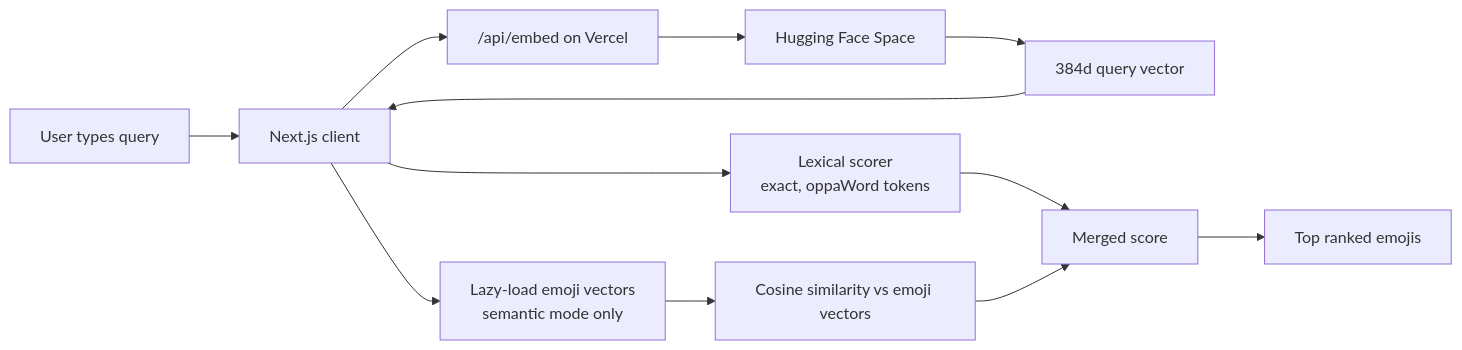
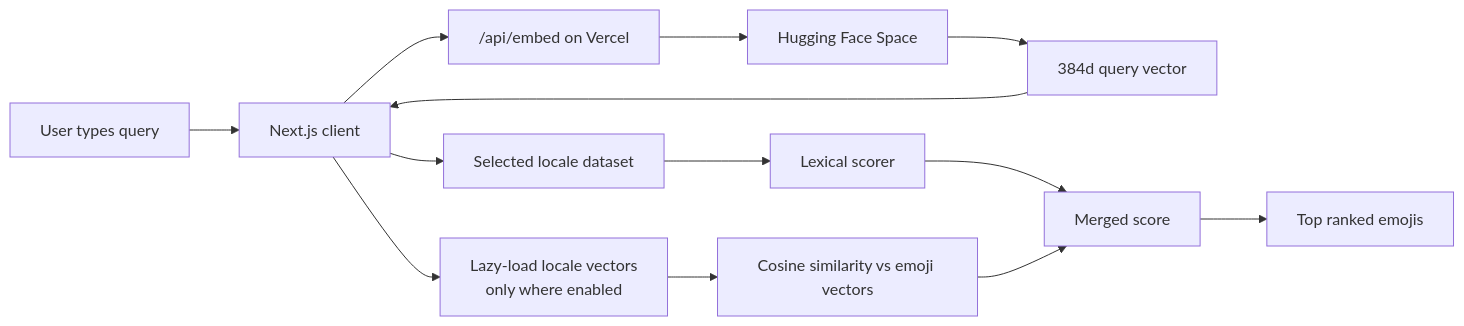
Before and after one commit to heinko/my-emoji-search: the first of 2 diagrams in README.md, drawn with Mermaid. The commit also changed other lines of this file and 21 other files, not shown here.

````diff
--- a/README.md
+++ b/README.md
@@ -26,14 +42,15 @@
 ```mermaid
 flowchart LR
     U["User types query"] --> C["Next.js client"]
-    C --> L["Lexical scorer<br/>exact, oppaWord tokens"]
+    C --> S["Selected locale dataset"]
+    S --> L["Lexical scorer"]
     C --> A["/api/embed on Vercel"]
-    A --> S["Hugging Face Space"]
-    S --> V["384d query vector"]
+    A --> H["Hugging Face Space"]
+    H --> V["384d query vector"]
     V --> C
-    C --> X["Lazy-load emoji vectors<br/>semantic mode only"]
+    C --> X["Lazy-load locale vectors<br/>only where enabled"]
     X --> R["Cosine similarity vs emoji vectors"]
     L --> M["Merged score"]
     R --> M
     M --> O["Top ranked emojis"]
 ```
````
